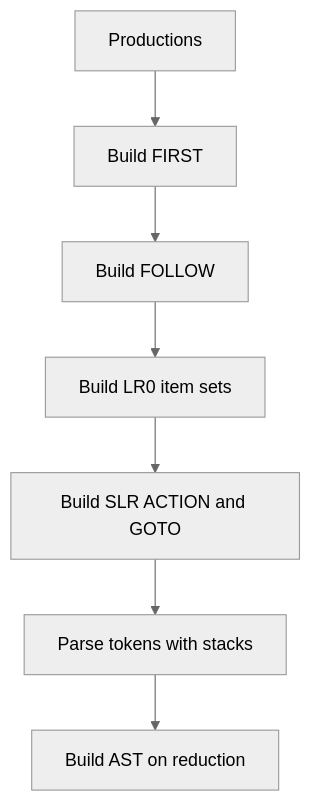
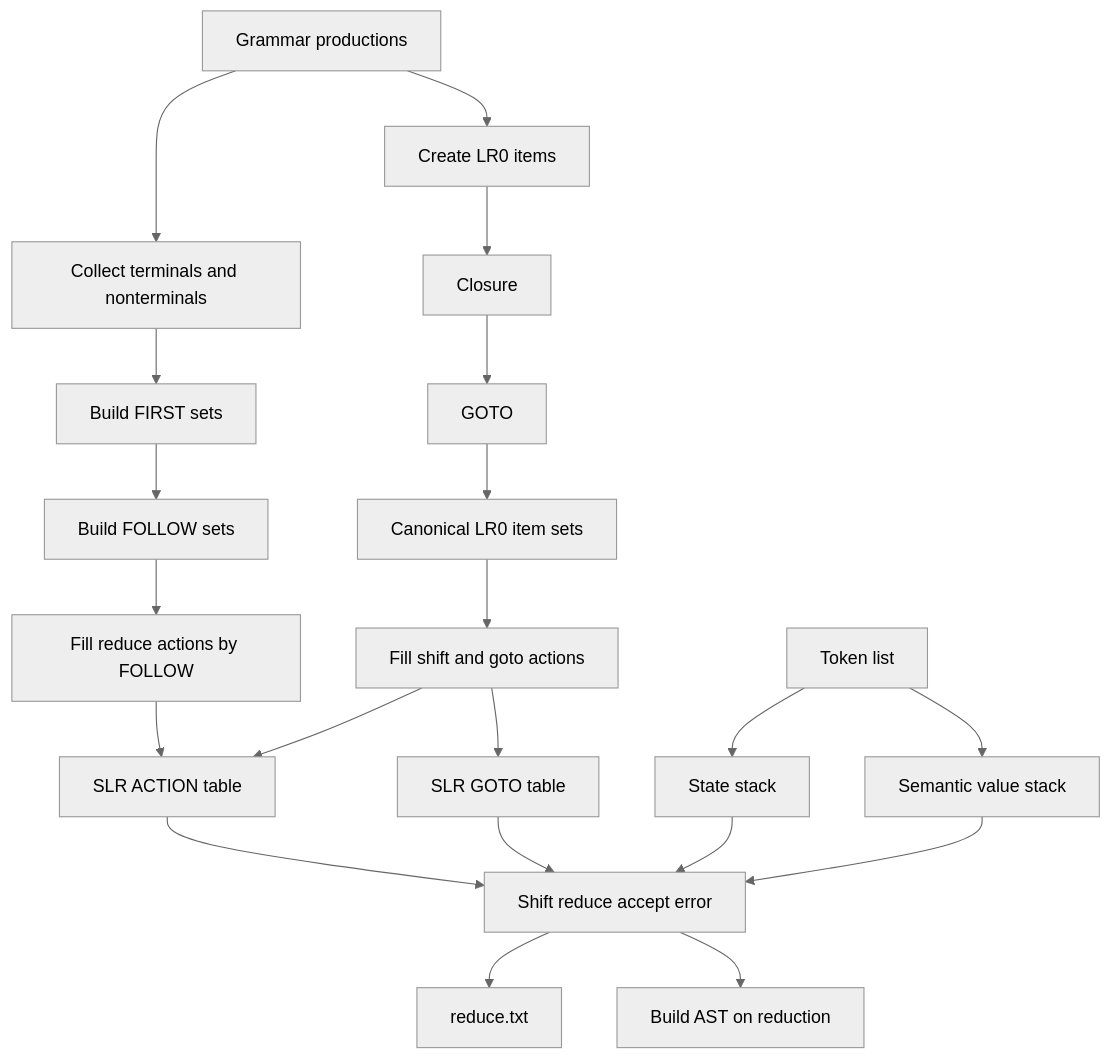
Before and after one commit to NIBRSYK16/c--compiler: the third of 6 diagrams in report.md, drawn with Mermaid (neutral theme). The commit also changed other lines of this file, not shown here.

````diff
--- a/report.md
+++ b/report.md
@@ -196,9 +252,23 @@
 ```mermaid
 graph TD
-    A[Productions] --> B[Build FIRST]
-    B --> C[Build FOLLOW]
-    C --> D[Build LR0 item sets]
-    D --> E[Build SLR ACTION and GOTO]
-    E --> F[Parse tokens with stacks]
-    F --> G[Build AST on reduction]
+    G0[Grammar productions] --> G1[Collect terminals and nonterminals]
+    G1 --> F1[Build FIRST sets]
+    F1 --> F2[Build FOLLOW sets]
+    G0 --> I1[Create LR0 items]
+    I1 --> I2[Closure]
+    I2 --> I3[GOTO]
+    I3 --> I4[Canonical LR0 item sets]
+    F2 --> T1[Fill reduce actions by FOLLOW]
+    I4 --> T2[Fill shift and goto actions]
+    T1 --> T3[SLR ACTION table]
+    T2 --> T3
+    T2 --> T4[SLR GOTO table]
+    Tokens[Token list] --> P1[State stack]
+    Tokens --> P2[Semantic value stack]
+    T3 --> P3[Shift reduce accept error]
+    T4 --> P3
+    P1 --> P3
+    P2 --> P3
+    P3 --> Logs[reduce.txt]
+    P3 --> AST[Build AST on reduction]
 ```
````
